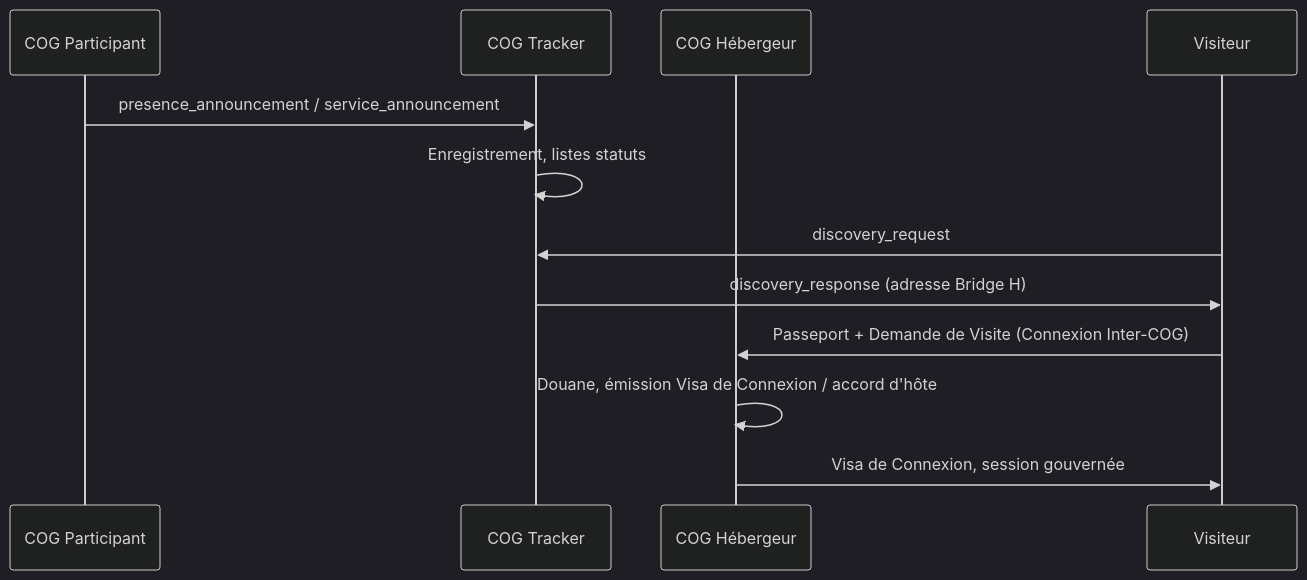
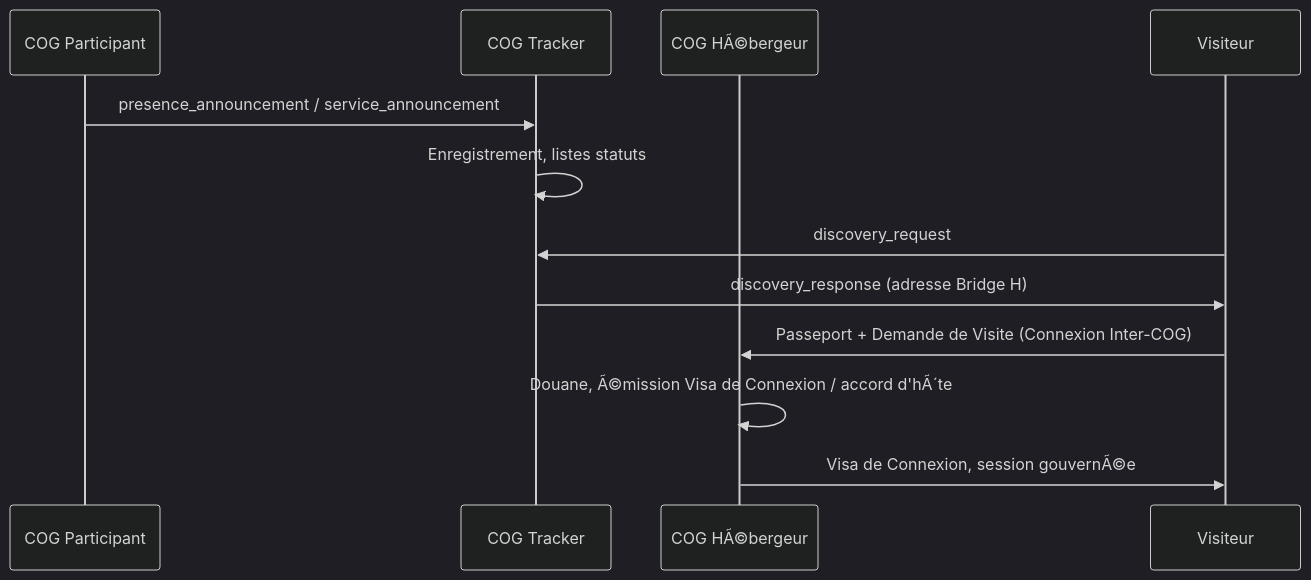
Before and after one commit to StudioMiyukini/miyukini_cog: the first of 3 diagrams in docs/miyukini-webway-system/reference/Miyukini Conceptual References - Miyukini Webway System Complet.md, drawn with Mermaid (dark theme). The commit also changed other lines of this file and 1287 other files, not shown here.

````diff
--- a/docs/miyukini-webway-system/reference/Miyukini Conceptual References - Miyukini Webway System Complet.md
+++ b/docs/miyukini-webway-system/reference/Miyukini Conceptual References - Miyukini Webway System Complet.md
@@ -170,15 +170,15 @@
 ```mermaid
 sequenceDiagram
     participant P as COG Participant
     participant T as COG Tracker
-    participant H as COG Hébergeur
+    participant H as COG HÃ©bergeur
     participant V as Visiteur
 
     P->>T: presence_announcement / service_announcement
     T->>T: Enregistrement, listes statuts
     V->>T: discovery_request
     T->>V: discovery_response (adresse Bridge H)
     V->>H: Passeport + Demande de Visite (Connexion Inter-COG)
-    H->>H: Douane, émission Visa de Connexion / accord d'hôte
-    H->>V: Visa de Connexion, session gouvernée
+    H->>H: Douane, Ã©mission Visa de Connexion / accord d'hÃ´te
+    H->>V: Visa de Connexion, session gouvernÃ©e
 ```
````
